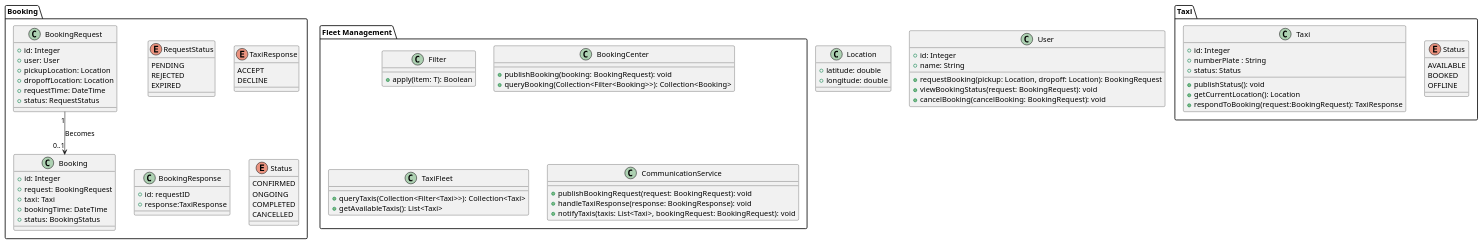
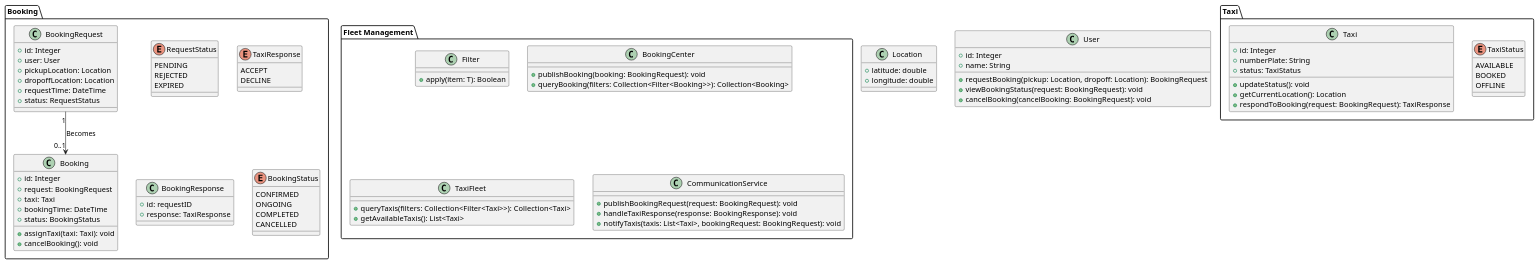
The diagram in Design/plantumls/classdiagram.plantuml (Palrajjayaraj/TaxiFleetCommunication), drawn with PlantUML before and after one commit. The commit also changed 1 other file, not shown here.

```diff
--- a/Design/plantumls/classdiagram.plantuml
+++ b/Design/plantumls/classdiagram.plantuml
@@ -1,100 +1,101 @@
 @startuml classDigram
 
 class Location {
     +latitude: double
     +longitude: double
 }
 
 class User {
     +id: Integer
     +name: String
     +requestBooking(pickup: Location, dropoff: Location): BookingRequest
     +viewBookingStatus(request: BookingRequest): void
     +cancelBooking(cancelBooking: BookingRequest): void
 }
 
-package "Booking"{
-
+package "Booking" {
     enum RequestStatus {
         PENDING
         REJECTED
         EXPIRED
     }
 
     enum TaxiResponse {
         ACCEPT
         DECLINE
     }
 
     class BookingRequest {
         +id: Integer
         +user: User
         +pickupLocation: Location
         +dropoffLocation: Location
         +requestTime: DateTime
         +status: RequestStatus
     }
 
     class BookingResponse {
         +id: requestID
-        +response:TaxiResponse
+        +response: TaxiResponse
     }
 
-    enum Status {
+    enum BookingStatus {
         CONFIRMED
         ONGOING
         COMPLETED
         CANCELLED
     }
 
     class Booking {
         +id: Integer
         +request: BookingRequest
         +taxi: Taxi
         +bookingTime: DateTime
         +status: BookingStatus
+        +assignTaxi(taxi: Taxi): void
+        +cancelBooking(): void
     }
 
     BookingRequest "1" --> "0..1" Booking : "Becomes"
 }
 
-package Taxi{
-    enum Status {
+package Taxi {
+    enum TaxiStatus {
         AVAILABLE
         BOOKED
         OFFLINE
     }
 
     class Taxi {
         +id: Integer
-        +numberPlate : String
-        +status: Status
-        +publishStatus(): void
+        +numberPlate: String
+        +status: TaxiStatus
+        +updateStatus(): void
         +getCurrentLocation(): Location
-        +respondToBooking(request:BookingRequest): TaxiResponse
+        +respondToBooking(request: BookingRequest): TaxiResponse
     }
 }
 
 package "Fleet Management" {
-    class Filter{
+    class Filter {
         +apply(item: T): Boolean
     }
 
     class BookingCenter {
         +publishBooking(booking: BookingRequest): void
-        +queryBooking(Collection<Filter<Booking>>): Collection<Booking>
+        +queryBooking(filters: Collection<Filter<Booking>>): Collection<Booking>
     }
 
     class TaxiFleet {
-        +queryTaxis(Collection<Filter<Taxi>>): Collection<Taxi>
+        +queryTaxis(filters: Collection<Filter<Taxi>>): Collection<Taxi>
         +getAvailableTaxis(): List<Taxi>
     }
 
     class CommunicationService {
         +publishBookingRequest(request: BookingRequest): void
         +handleTaxiResponse(response: BookingResponse): void
         +notifyTaxis(taxis: List<Taxi>, bookingRequest: BookingRequest): void
     }
 }
 
 @enduml
```
